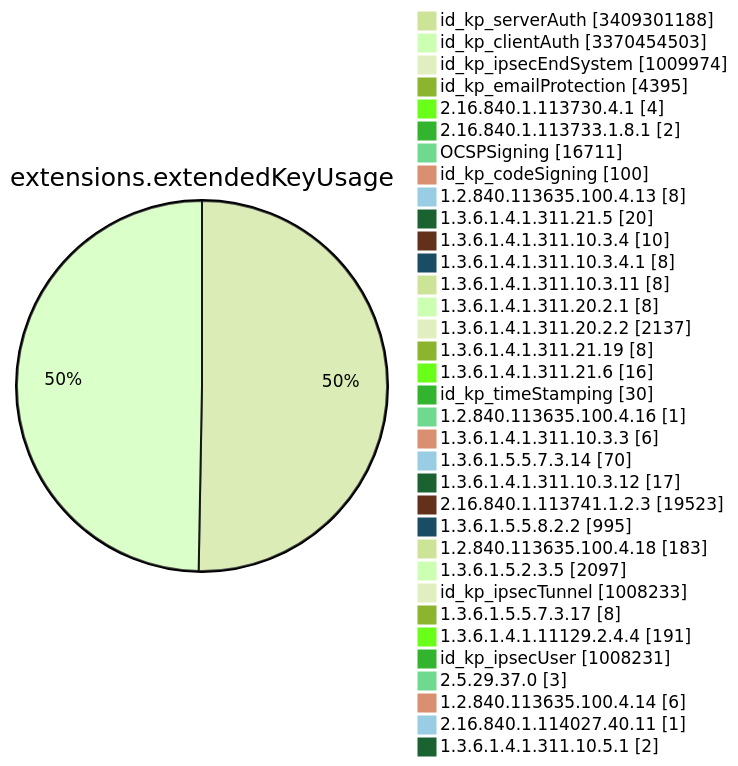
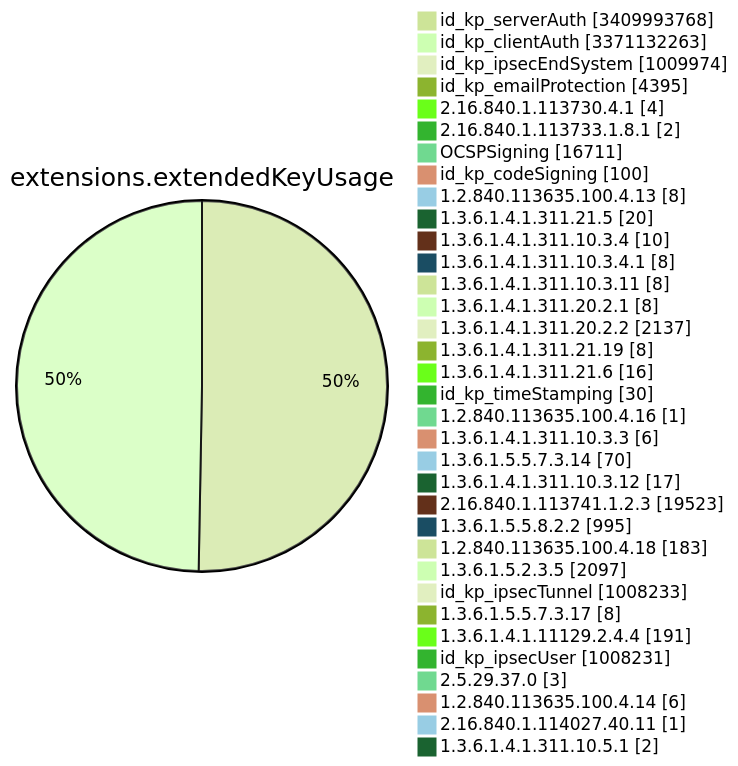
Diagram 11 of 15 in TOTAL/README.md (christiankrug/ctmonitor_visualization), drawn with Mermaid (forest theme) before and after one commit. The commit also changed other lines of this file, not shown here.

````diff
--- a/TOTAL/README.md
+++ b/TOTAL/README.md
@@ -4121,38 +4121,38 @@
 ```mermaid
 pie showData
 title extensions.extendedKeyUsage
-"id_kp_serverAuth" :3409301188
-"id_kp_clientAuth" :3370454503
+"id_kp_serverAuth" :3409993768
+"id_kp_clientAuth" :3371132263
 "id_kp_ipsecEndSystem" :1009974
 "id_kp_emailProtection" :4395
 "2.16.840.1.113730.4.1" :4
 "2.16.840.1.113733.1.8.1" :2
 "OCSPSigning" :16711
 "id_kp_codeSigning" :100
 "1.2.840.113635.100.4.13" :8
 "1.3.6.1.4.1.311.21.5" :20
 "1.3.6.1.4.1.311.10.3.4" :10
 "1.3.6.1.4.1.311.10.3.4.1" :8
 "1.3.6.1.4.1.311.10.3.11" :8
 "1.3.6.1.4.1.311.20.2.1" :8
 "1.3.6.1.4.1.311.20.2.2" :2137
 "1.3.6.1.4.1.311.21.19" :8
 "1.3.6.1.4.1.311.21.6" :16
 "id_kp_timeStamping" :30
 "1.2.840.113635.100.4.16" :1
 "1.3.6.1.4.1.311.10.3.3" :6
 "1.3.6.1.5.5.7.3.14" :70
 "1.3.6.1.4.1.311.10.3.12" :17
 "2.16.840.1.113741.1.2.3" :19523
 "1.3.6.1.5.5.8.2.2" :995
 "1.2.840.113635.100.4.18" :183
 "1.3.6.1.5.2.3.5" :2097
 "id_kp_ipsecTunnel" :1008233
 "1.3.6.1.5.5.7.3.17" :8
 "1.3.6.1.4.1.11129.2.4.4" :191
 "id_kp_ipsecUser" :1008231
 "2.5.29.37.0" :3
 "1.2.840.113635.100.4.14" :6
 "2.16.840.1.114027.40.11" :1
 "1.3.6.1.4.1.311.10.5.1" :2
 ```
````
